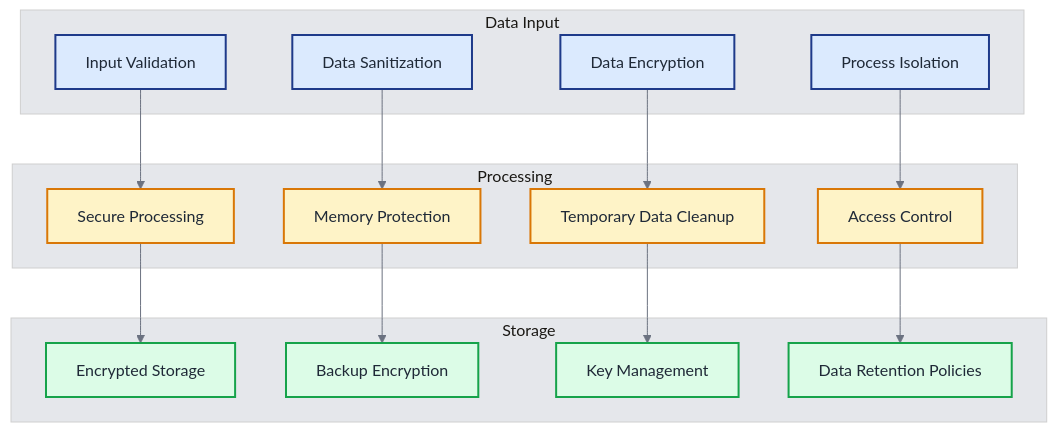
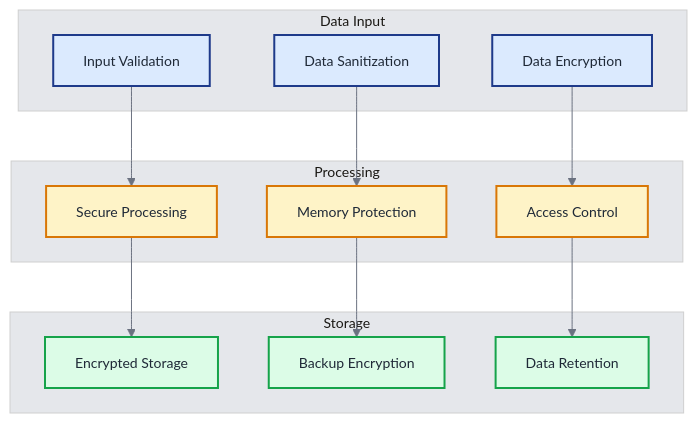
Before and after one commit to khaosans/basic-chat: the fifth of 6 diagrams in docs/TECHNICAL_OVERVIEW.md, drawn with Mermaid. The commit also changed other lines of this file and 3 other files, not shown here.

Commit message:
docs: Revise technical overview and update architecture diagrams - Simplify terminology and improve clarity in diagrams - Adjust font sizes and class definitions for better readability

````diff
--- a/docs/TECHNICAL_OVERVIEW.md
+++ b/docs/TECHNICAL_OVERVIEW.md
@@ -351,42 +322,37 @@
 ```mermaid
-%%{init: {'theme': 'base', 'themeVariables': { 'fontSize': '16px', 'fontFamily': 'Arial, sans-serif', 'primaryColor': '#1e3a8a', 'primaryTextColor': '#1f2937', 'primaryBorderColor': '#374151', 'lineColor': '#6b7280', 'secondaryColor': '#f3f4f6', 'tertiaryColor': '#e5e7eb', 'edgeLabelBackground': '#f9fafb'}}}%%
+%%{init: {'theme': 'base', 'themeVariables': { 'fontSize': '14px', 'fontFamily': 'Arial, sans-serif', 'primaryColor': '#1e3a8a', 'primaryTextColor': '#1f2937', 'primaryBorderColor': '#374151', 'lineColor': '#6b7280', 'secondaryColor': '#f3f4f6', 'tertiaryColor': '#e5e7eb'}}}%%
 graph TB
     subgraph "Data Input"
         VALIDATION[Input Validation]
         SANITIZATION[Data Sanitization]
         ENCRYPTION[Data Encryption]
-        ISOLATION[Process Isolation]
     end
     
     subgraph "Processing"
-        SECURE_PROCESSING[Secure Processing]
-        MEMORY_PROTECTION[Memory Protection]
-        TEMP_CLEANUP[Temporary Data Cleanup]
-        ACCESS_CONTROL[Access Control]
+        SECURE[Secure Processing]
+        MEMORY[Memory Protection]
+        ACCESS[Access Control]
     end
     
     subgraph "Storage"
-        ENCRYPTED_STORAGE[Encrypted Storage]
-        BACKUP_ENCRYPTION[Backup Encryption]
-        KEY_MANAGEMENT[Key Management]
-        DATA_RETENTION[Data Retention Policies]
+        ENCRYPTED[Encrypted Storage]
+        BACKUP[Backup Encryption]
+        RETENTION[Data Retention]
     end
     
-    VALIDATION --> SECURE_PROCESSING
-    SANITIZATION --> MEMORY_PROTECTION
-    ENCRYPTION --> TEMP_CLEANUP
-    ISOLATION --> ACCESS_CONTROL
+    VALIDATION --> SECURE
+    SANITIZATION --> MEMORY
+    ENCRYPTION --> ACCESS
     
-    SECURE_PROCESSING --> ENCRYPTED_STORAGE
-    MEMORY_PROTECTION --> BACKUP_ENCRYPTION
-    TEMP_CLEANUP --> KEY_MANAGEMENT
-    ACCESS_CONTROL --> DATA_RETENTION
+    SECURE --> ENCRYPTED
+    MEMORY --> BACKUP
+    ACCESS --> RETENTION
     
     classDef input fill:#dbeafe,stroke:#1e3a8a,stroke-width:2px,color:#1f2937
     classDef processing fill:#fef3c7,stroke:#d97706,stroke-width:2px,color:#1f2937
     classDef storage fill:#dcfce7,stroke:#16a34a,stroke-width:2px,color:#1f2937
     
-    class VALIDATION,SANITIZATION,ENCRYPTION,ISOLATION input
-    class SECURE_PROCESSING,MEMORY_PROTECTION,TEMP_CLEANUP,ACCESS_CONTROL processing
-    class ENCRYPTED_STORAGE,BACKUP_ENCRYPTION,KEY_MANAGEMENT,DATA_RETENTION storage
+    class VALIDATION,SANITIZATION,ENCRYPTION input
+    class SECURE,MEMORY,ACCESS processing
+    class ENCRYPTED,BACKUP,RETENTION storage
 ```
````
